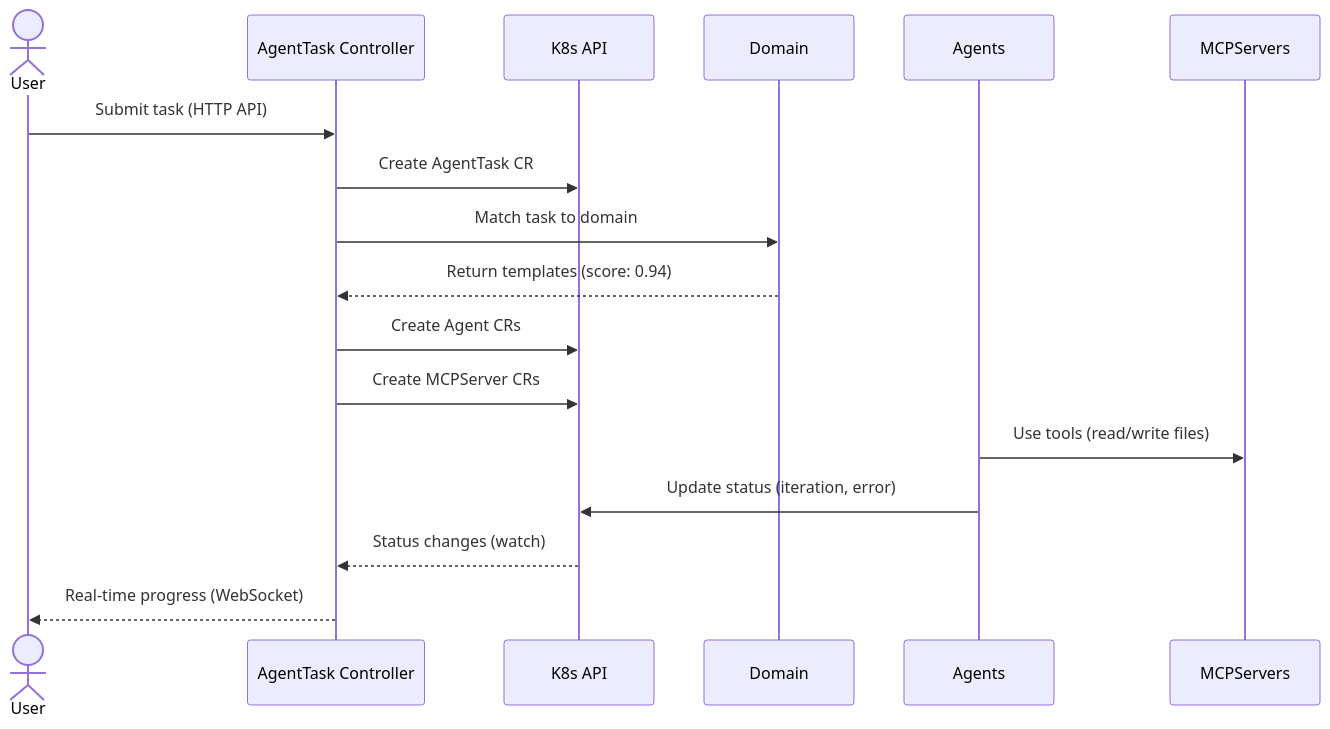
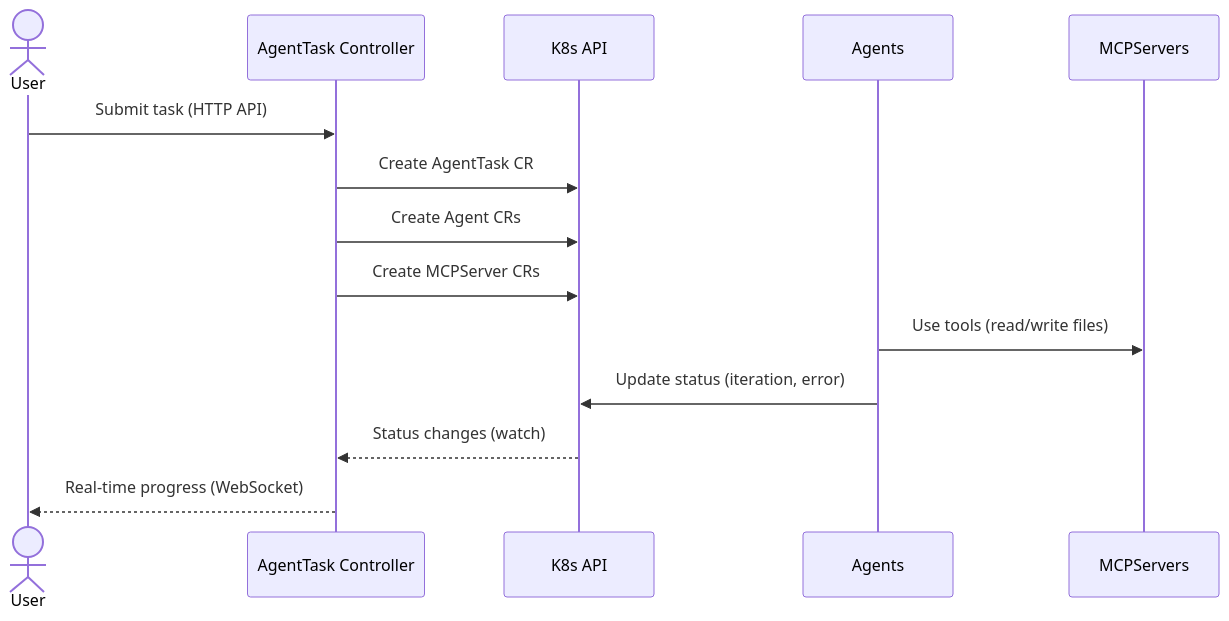
The fifth of 5 diagrams in docs/arch/09-crd-specifications.md (dshcherbatiuk/forgemaster), drawn with Mermaid before and after one commit. The commit also changed other lines of this file and 8 other files, not shown here.

First line of the commit message:
docs: Remove Domain CRD from architecture (YAGNI)

````diff
--- a/docs/arch/09-crd-specifications.md
+++ b/docs/arch/09-crd-specifications.md
@@ -210,20 +165,17 @@
 ```mermaid
 sequenceDiagram
     actor User
     participant ATC as AgentTask Controller
     participant API as K8s API
-    participant DOM as Domain
     participant AG as Agents
     participant MCP as MCPServers
 
     User->>ATC: Submit task (HTTP API)
     ATC->>API: Create AgentTask CR
-    ATC->>DOM: Match task to domain
-    DOM-->>ATC: Return templates (score: 0.94)
     ATC->>API: Create Agent CRs
     ATC->>API: Create MCPServer CRs
     AG->>MCP: Use tools (read/write files)
     AG->>API: Update status (iteration, error)
     API-->>ATC: Status changes (watch)
     ATC-->>User: Real-time progress (WebSocket)
 ```
````
